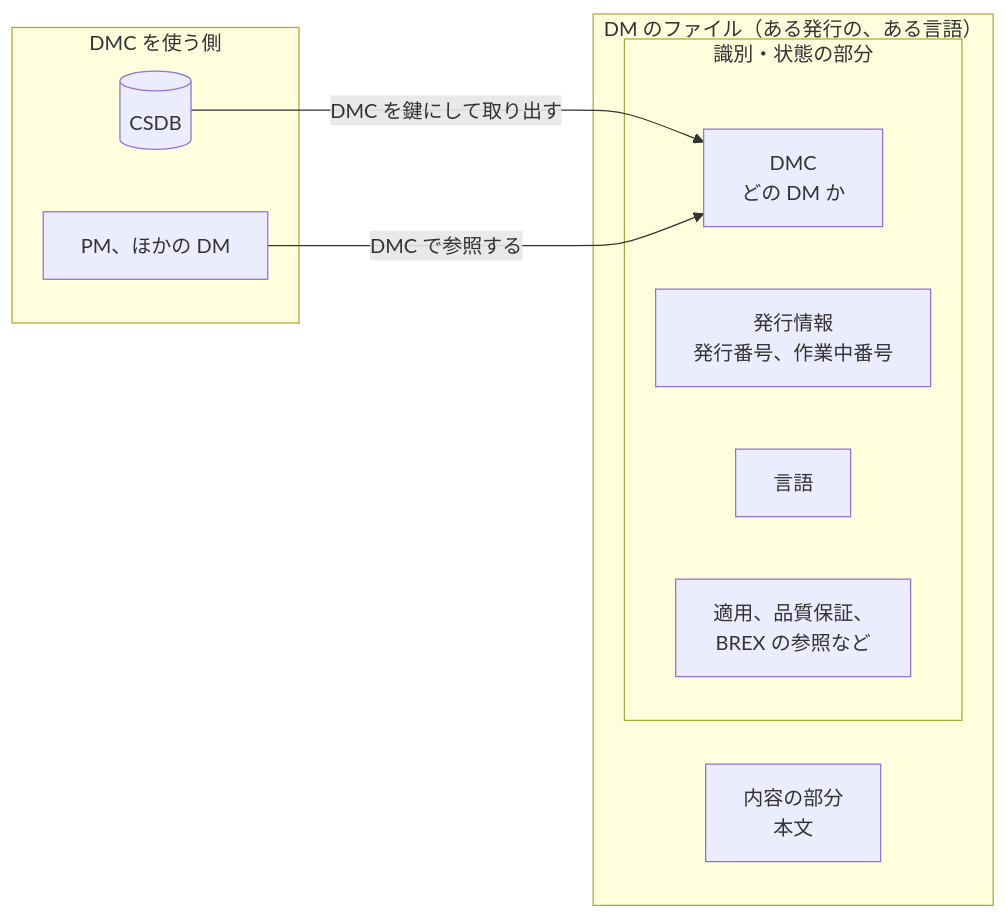
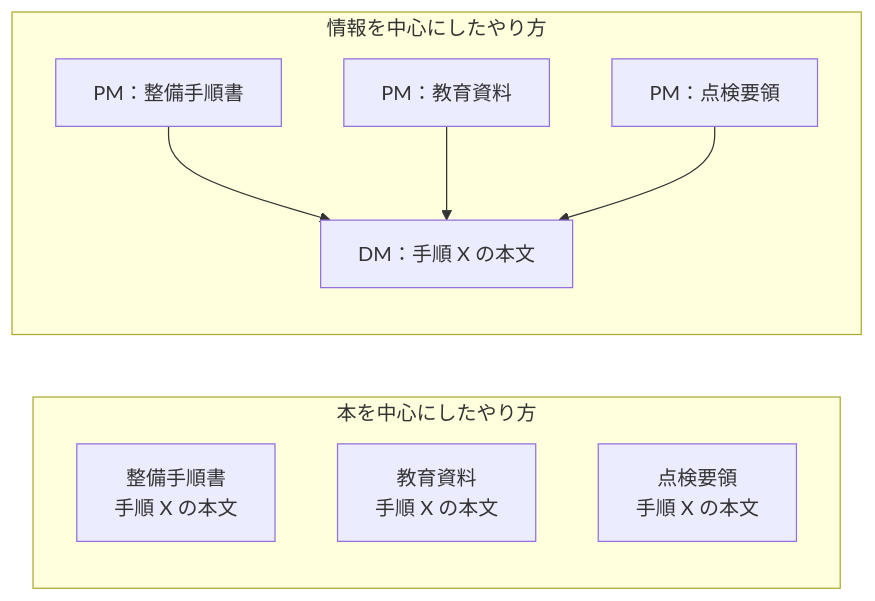
One commit to shuji-bonji/zenn-articles changed the second of 5 diagrams in books/s1000d-intro/core-concepts.md. Above: the diagram before and after it, drawn with Mermaid. The commit also changed other lines of this file and 1 other file, not shown here.

````diff
--- a/books/s1000d-intro/core-concepts.md
+++ b/books/s1000d-intro/core-concepts.md
@@ -66,18 +23,17 @@
 ```mermaid
 flowchart LR
-  subgraph USE["DMC を使う側"]
-    CSDB[("CSDB")]
-    REF["PM、ほかの DM"]
+  subgraph BOOK["本を中心にしたやり方"]
+    B1["整備手順書<br/>手順 X の本文"]
+    B2["教育資料<br/>手順 X の本文"]
+    B3["点検要領<br/>手順 X の本文"]
   end
-  subgraph FILE["DM のファイル（ある発行の、ある言語）"]
-    subgraph ID["識別・状態の部分"]
-      DMC["DMC<br/>どの DM か"]
-      ISS["発行情報<br/>発行番号、作業中番号"]
-      LANG["言語"]
-      ETC["適用、品質保証、<br/>BREX の参照など"]
-    end
-    BODY["内容の部分<br/>本文"]
+  subgraph INFO["情報を中心にしたやり方"]
+    P1["PM：整備手順書"]
+    P2["PM：教育資料"]
+    P3["PM：点検要領"]
+    X["DM：手順 X の本文"]
+    P1 --> X
+    P2 --> X
+    P3 --> X
   end
-  CSDB -- "DMC を鍵にして取り出す" --> DMC
-  REF -- "DMC で参照する" --> DMC
 ```
````
